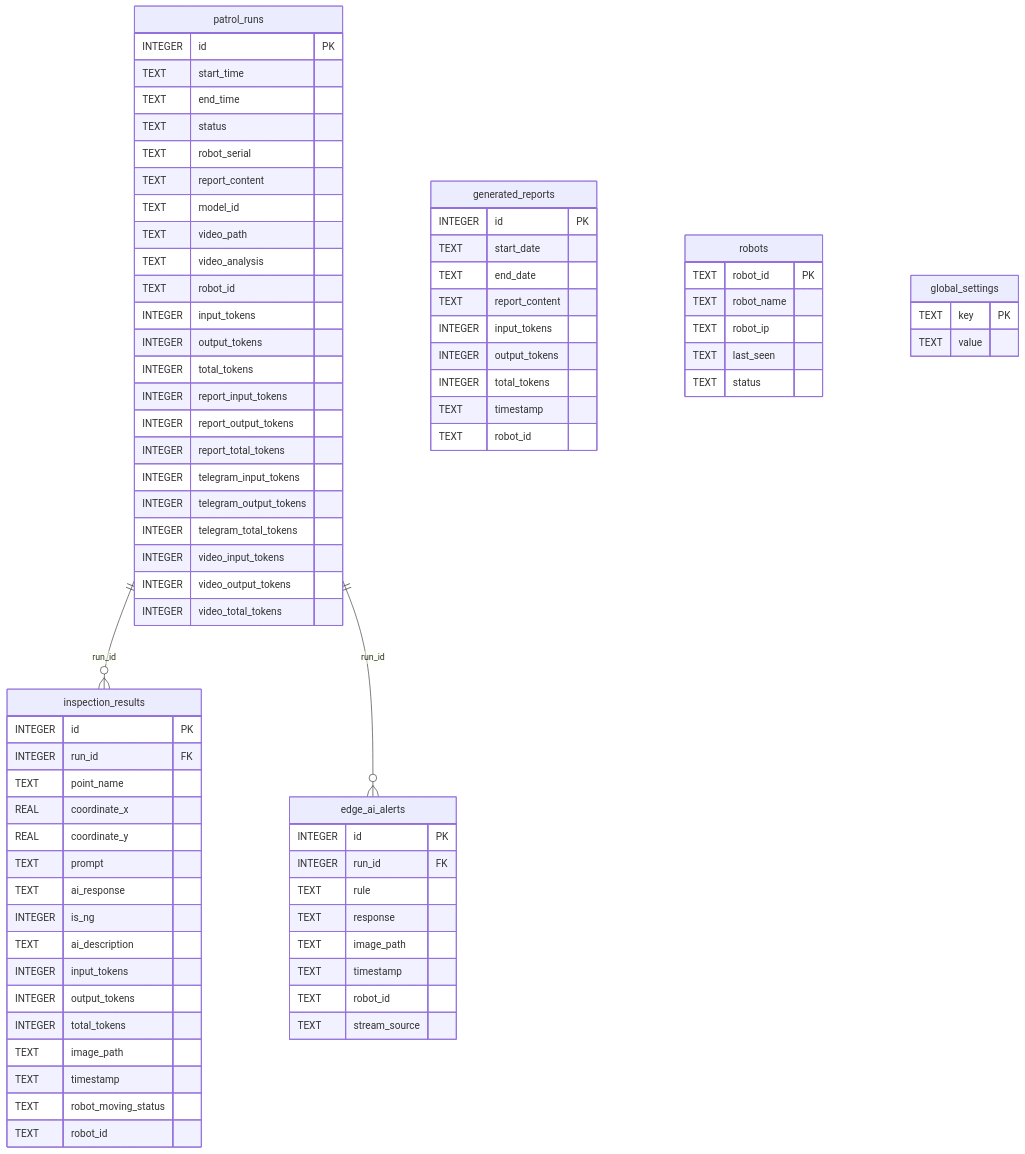
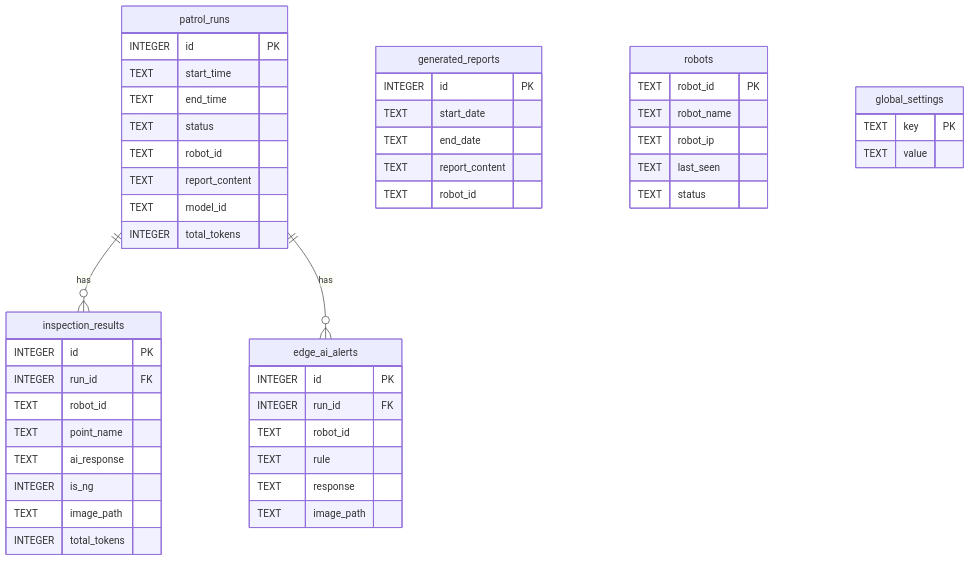
One commit to sigmarobotics/visual-patrol changed the fourth of 6 diagrams in docs/architecture.md. Above: the diagram before and after it, drawn with Mermaid. The commit also changed other lines of this file and 2 other files, not shown here.

First line of the commit message:
docs: rewrite README and architecture docs with Mermaid diagrams

````diff
--- a/docs/architecture.md
+++ b/docs/architecture.md
@@ -363,54 +183,21 @@
         TEXT start_time
         TEXT end_time
         TEXT status
-        TEXT robot_serial
+        TEXT robot_id
         TEXT report_content
         TEXT model_id
-        TEXT video_path
-        TEXT video_analysis
-        TEXT robot_id
-        INTEGER input_tokens
-        INTEGER output_tokens
         INTEGER total_tokens
-        INTEGER report_input_tokens
-        INTEGER report_output_tokens
-        INTEGER report_total_tokens
-        INTEGER telegram_input_tokens
-        INTEGER telegram_output_tokens
-        INTEGER telegram_total_tokens
-        INTEGER video_input_tokens
-        INTEGER video_output_tokens
-        INTEGER video_total_tokens
     }
 
     inspection_results {
         INTEGER id PK
         INTEGER run_id FK
+        TEXT robot_id
         TEXT point_name
-        REAL coordinate_x
-        REAL coordinate_y
-        TEXT prompt
         TEXT ai_response
         INTEGER is_ng
-        TEXT ai_description
-        INTEGER input_tokens
-        INTEGER output_tokens
+        TEXT image_path
         INTEGER total_tokens
-        TEXT image_path
-        TEXT timestamp
-        TEXT robot_moving_status
-        TEXT robot_id
-    }
-
-    edge_ai_alerts {
-        INTEGER id PK
-        INTEGER run_id FK
-        TEXT rule
-        TEXT response
-        TEXT image_path
-        TEXT timestamp
-        TEXT robot_id
-        TEXT stream_source
     }
 
     generated_reports {
@@ -418,11 +205,16 @@
         TEXT start_date
         TEXT end_date
         TEXT report_content
-        INTEGER input_tokens
-        INTEGER output_tokens
-        INTEGER total_tokens
-        TEXT timestamp
         TEXT robot_id
+    }
+
+    edge_ai_alerts {
+        INTEGER id PK
+        INTEGER run_id FK
+        TEXT robot_id
+        TEXT rule
+        TEXT response
+        TEXT image_path
     }
 
     robots {
@@ -438,6 +230,6 @@
         TEXT value
     }
 
-    patrol_runs ||--o{ inspection_results : "run_id"
-    patrol_runs ||--o{ edge_ai_alerts : "run_id"
+    patrol_runs ||--o{ inspection_results : "has"
+    patrol_runs ||--o{ edge_ai_alerts : "has"
 ```
````
